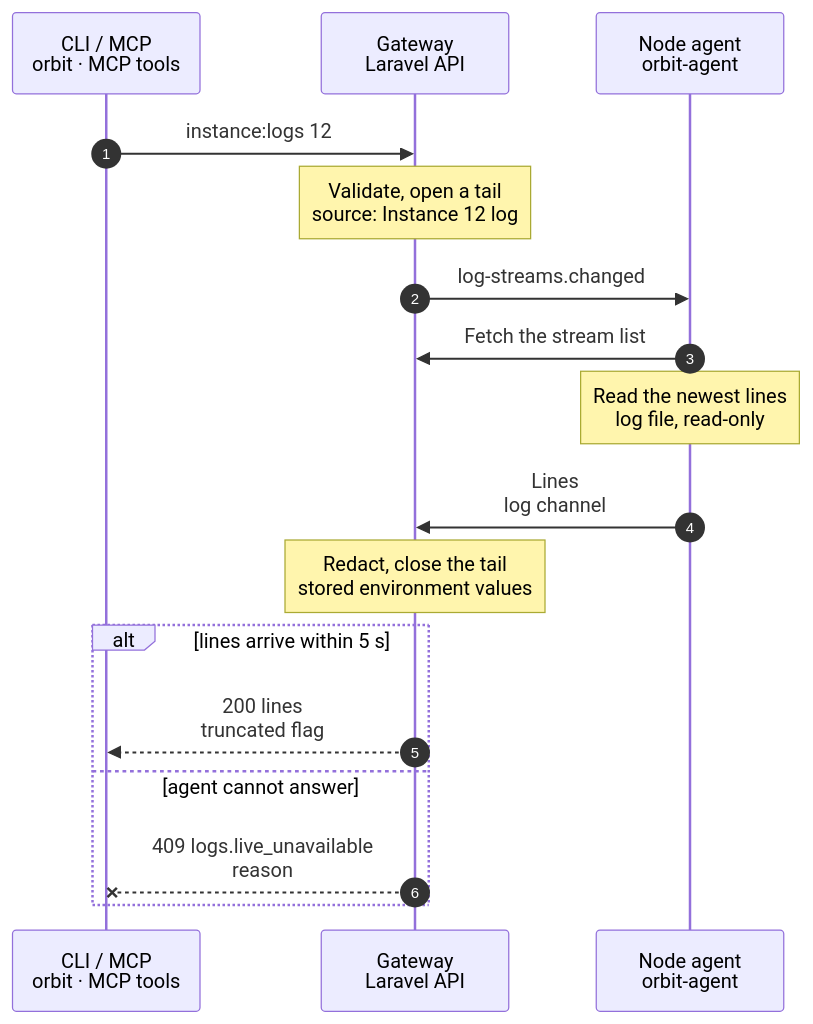
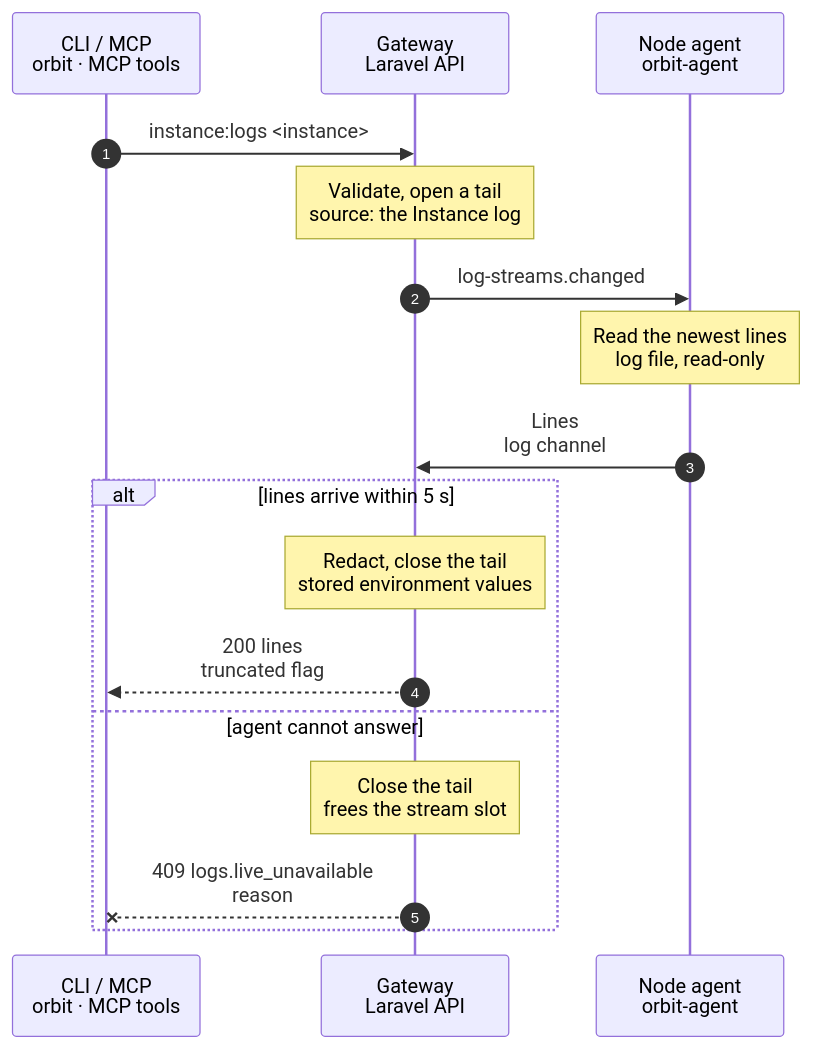
One commit to hardimpactdev/orbit changed the diagram in docs/cli/instance/logs.mmd. Above: the diagram before and after it, drawn with Mermaid. The commit also changed 8 other files, not shown here.

First line of the commit message:
docs(logs): fix the log read spec after review

```diff
--- a/docs/cli/instance/logs.mmd
+++ b/docs/cli/instance/logs.mmd
@@ -1,56 +1,56 @@
 sequenceDiagram
   %% Target design: Nick 2026-11-06, agent strip (a): a log read is a typed source of the agent's log streaming. No SSH, no agent command, no Swamp run (R1).
   %% Decided by the orchestrator, for Nick's review (2026-11-06): a production Instance's log is read through a read-only group, `orbit-logs`, that the agent's unit joins. Production apps and the observer's read-only rule stay unchanged.
   %% status: draft
   %% command: instance:logs
   %% kind: instance.logs
   autonumber
   %% lane CLI icon=terminal pill=caller tone=gray
   %% lane GW icon=gateway pill=intent tone=blue
   %% lane A icon=server pill=observer tone=amber
   participant CLI as CLI / MCP<br/>orbit · MCP tools
   participant GW as Gateway<br/>Laravel API
   participant A as Node agent<br/>orbit-agent
-  CLI->>GW: instance:logs 12
+  CLI->>GW: instance:logs <instance>
   %%> Command:
-  %%> - `orbit instance:logs 12`
+  %%> - `orbit instance:logs <instance>`
   %%> - syntax: `instance:logs <instance> [--lines=COUNT] [--follow] [--json]`
   %%> Input:
   %%> - the numeric Instance ID from `instance:list`
-  %%> Optional:
-  %%> - `--lines` sets the count from 1 through 1,000; `--follow` keeps the tail open (see the live logs page); neither adds a step here
   %%> Who can call it:
   %%> - the `orbit` CLI, the web app and the MCP tool send the same request
-  Note over GW: Validate, open a tail<br/>source: Instance 12 log
+  Note over GW: Validate, open a tail<br/>source: the Instance log
   %%> Requirements:
-  %%> - your Node has an access grant to the Node that serves Instance 12
+  %%> - your Node has an access grant to the Node that serves the Instance
   %%> - the agent of that Node has a fresh view and has joined its log channel
+  %%> - the Node has a free stream slot (16 for each Node)
   %%> Result:
-  %%> - a tail is recorded in the stream cache with the source the Gateway derives from the Instance: `storage/logs/laravel.log` in its application directory, or the newest `laravel-*.log` when that file is absent
-  %%> - the caller names no path
+  %%> - the Gateway opens the tail for itself with the requested line count and starts it at once; it needs no viewer channel
+  %%> - the source is derived by the Gateway: `storage/logs/laravel.log` in the Instance's application directory, or the newest `laravel-*.log` when that file is absent
+  %%> - the caller names no path or unit
   GW->>A: log-streams.changed
   %%> What it does:
-  %%> - prompts the agent to fetch its stream list; the event carries no data
-  A->>GW: Fetch the stream list
+  %%> - prompts the agent to fetch its stream list over HTTPS; the event carries no data
   Note over A: Read the newest lines<br/>log file, read-only
   %%> What it does:
   %%> - the agent reads the file itself and starts no program
-  %%> - a development Instance: the file is readable under the development Instance root
-  %%> - a production Instance: its release `storage/logs` carries a read ACL for the group `orbit-logs`, which the agent's unit joins; the unit binds the production home back read-only, as it does for `.env` key names
+  %%> - a development Instance: the file under the development Instance root
+  %%> - a production Instance: the shared `storage/logs` directory of the application in the production home carries a read ACL for the group `orbit-logs`, which the agent's unit joins; the unit already binds the production home back read-only
   %%> - it refuses a file that root owns and a link at `storage/logs` or at the file
-  %%> - each line is redacted
+  %%> - the agent redacts each line and sends the first lines as one batch, also when the batch is empty, so the Gateway knows the read is complete
   A->>GW: Lines<br/>log channel
-  Note over GW: Redact, close the tail<br/>stored environment values
   alt lines arrive within 5 s
+    Note over GW: Redact, close the tail<br/>stored environment values
     GW-->>CLI: 200 lines<br/>truncated flag
     %%> Result:
-    %%> - at most `--lines` newest lines and 4 MiB of whole lines; `truncated` is set when older lines were left out
-    %%> - an Instance without a log file returns an empty list
+    %%> - at most the requested number of newest lines and 256 KiB; `truncated` is set when either limit left out older lines
+    %%> - an Instance without a log file is an empty list
   else agent cannot answer
+    Note over GW: Close the tail<br/>frees the stream slot
     GW--xCLI: 409 logs.live_unavailable<br/>reason
     %%> When:
-    %%> - the agent view is stale, the agent has not joined its log channel, no line arrives within 5 s, or the file cannot be read
+    %%> - the agent view is stale, the agent has not joined its log channel, the source cannot be read, or no batch arrives within 5 s
+    %%> - `logs.stream_limit` (429) when the Node already has 16 open tails
     %%> Result:
-    %%> - there is no SSH fallback and nothing to clean up; read again once the agent is back
-    %%> - a production release created before the ACL step carries no read ACL until its next deploy; the read then ends with reason `source_unavailable`
+    %%> - there is no SSH fallback and no polling; read again once the agent is back
   end
```
